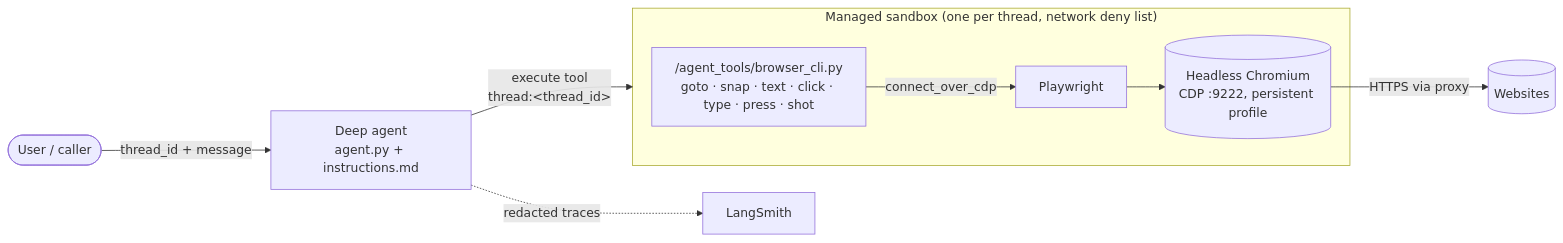
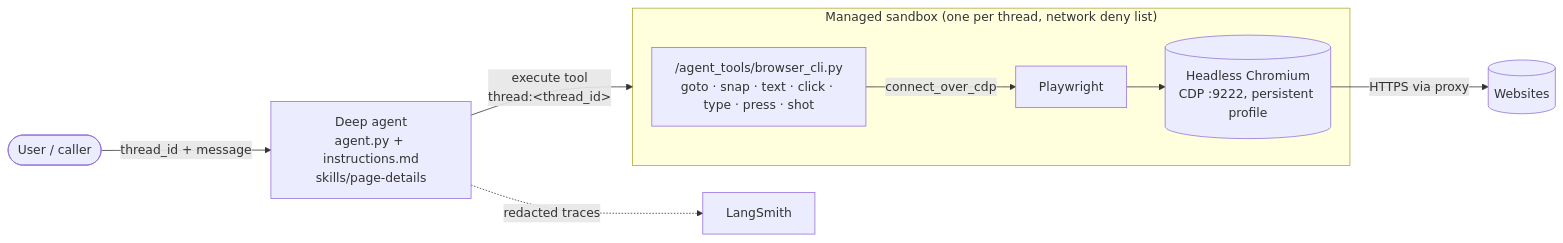
Before and after one commit to avtarraikmo/browser-agent: the diagram in README.md, drawn with Mermaid. The commit also changed other lines of this file and 8 other files, not shown here.

````diff
--- a/README.md
+++ b/README.md
@@ -39,13 +40,13 @@
 ```mermaid
 flowchart LR
-    User([User / caller]) -->|thread_id + message| Agent["Deep agent<br/>agent.py + instructions.md"]
+    User([User / caller]) -->|thread_id + message| Agent["Deep agent<br/>agent.py + instructions.md<br/>skills/page-details"]
     Agent -->|"execute tool<br/>thread:&lt;thread_id&gt;"| Sandbox
     subgraph Sandbox["Managed sandbox (one per thread, network deny list)"]
         CLI["/agent_tools/browser_cli.py<br/>goto · snap · text · click · type · press · shot"]
         PW[Playwright]
         Chrome[("Headless Chromium<br/>CDP :9222, persistent profile")]
         CLI -->|connect_over_cdp| PW --> Chrome
     end
     Chrome -->|HTTPS via proxy| Web[(Websites)]
     Agent -.->|redacted traces| LS[LangSmith]
 ```
````
